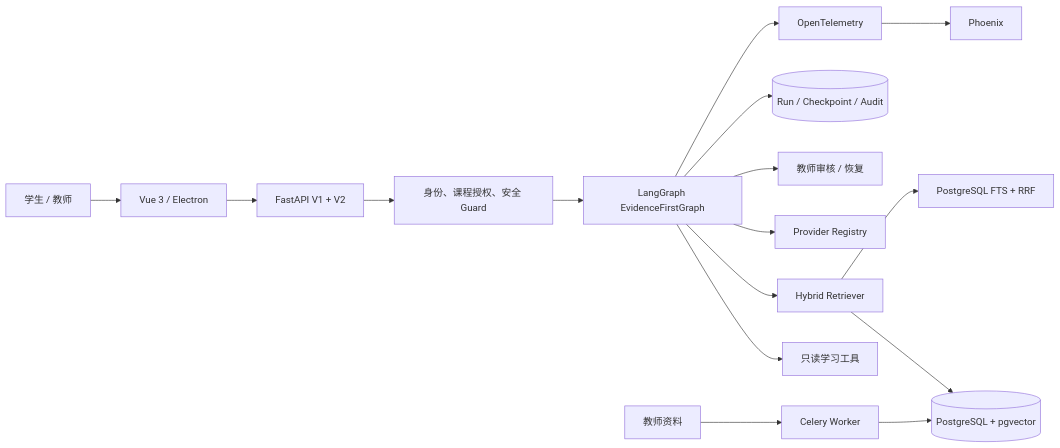
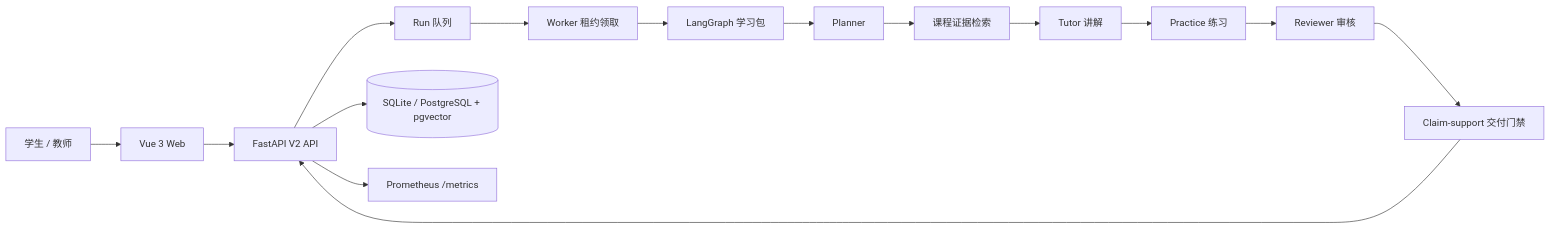
One commit to a142269/evidence-first-learning-agent changed the diagram in README.md. Above: the diagram before and after it, drawn with Mermaid. The commit also changed other lines of this file and 8 other files, not shown here.

````diff
--- a/README.md
+++ b/README.md
@@ -67,18 +33,17 @@
 ```mermaid
 flowchart LR
-    Student[学生 / 教师] --> UI[Vue 3 / Electron]
-    UI --> API[FastAPI V1 + V2]
-    API --> Auth[身份、课程授权、安全 Guard]
-    Auth --> Graph[LangGraph EvidenceFirstGraph]
-    Graph --> Tools[只读学习工具]
-    Graph --> Retriever[Hybrid Retriever]
-    Retriever --> Vector[(PostgreSQL + pgvector)]
-    Retriever --> FTS[PostgreSQL FTS + RRF]
-    Graph --> LLM[Provider Registry]
-    Graph --> Review[教师审核 / 恢复]
-    Graph --> Audit[(Run / Checkpoint / Audit)]
-    Upload[教师资料] --> Celery[Celery Worker]
-    Celery --> Vector
-    Graph --> OTel[OpenTelemetry]
-    OTel --> Phoenix[Phoenix]
+  U[学生 / 教师] --> WEB[Vue 3 Web]
+  WEB --> API[FastAPI V2 API]
+  API --> Q[Run 队列]
+  Q --> W[Worker 租约领取]
+  W --> G[LangGraph 学习包]
+  G --> P[Planner]
+  P --> S[课程证据检索]
+  S --> T[Tutor 讲解]
+  T --> PR[Practice 练习]
+  PR --> R[Reviewer 审核]
+  R --> C[Claim-support 交付门禁]
+  C --> API
+  API --> DB[(SQLite / PostgreSQL + pgvector)]
+  API --> METRIC[Prometheus /metrics]
 ```
````
